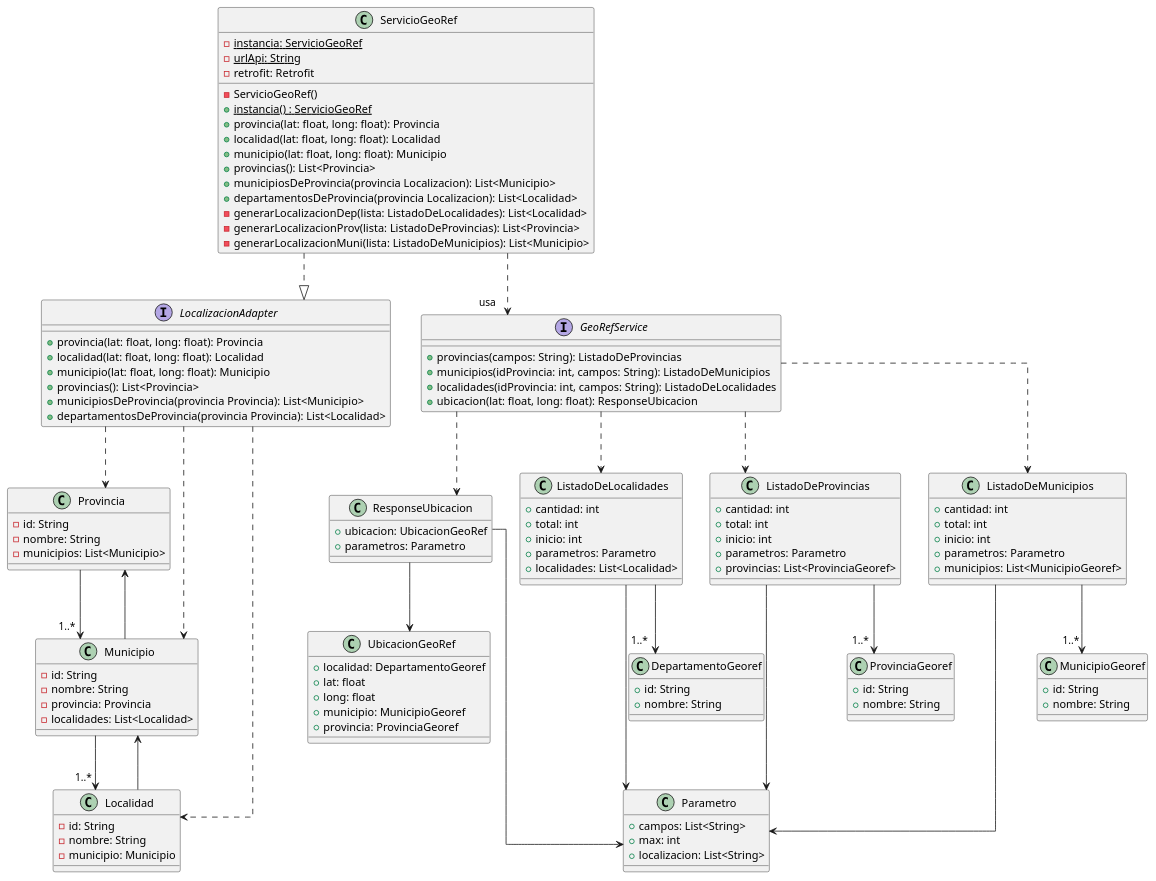
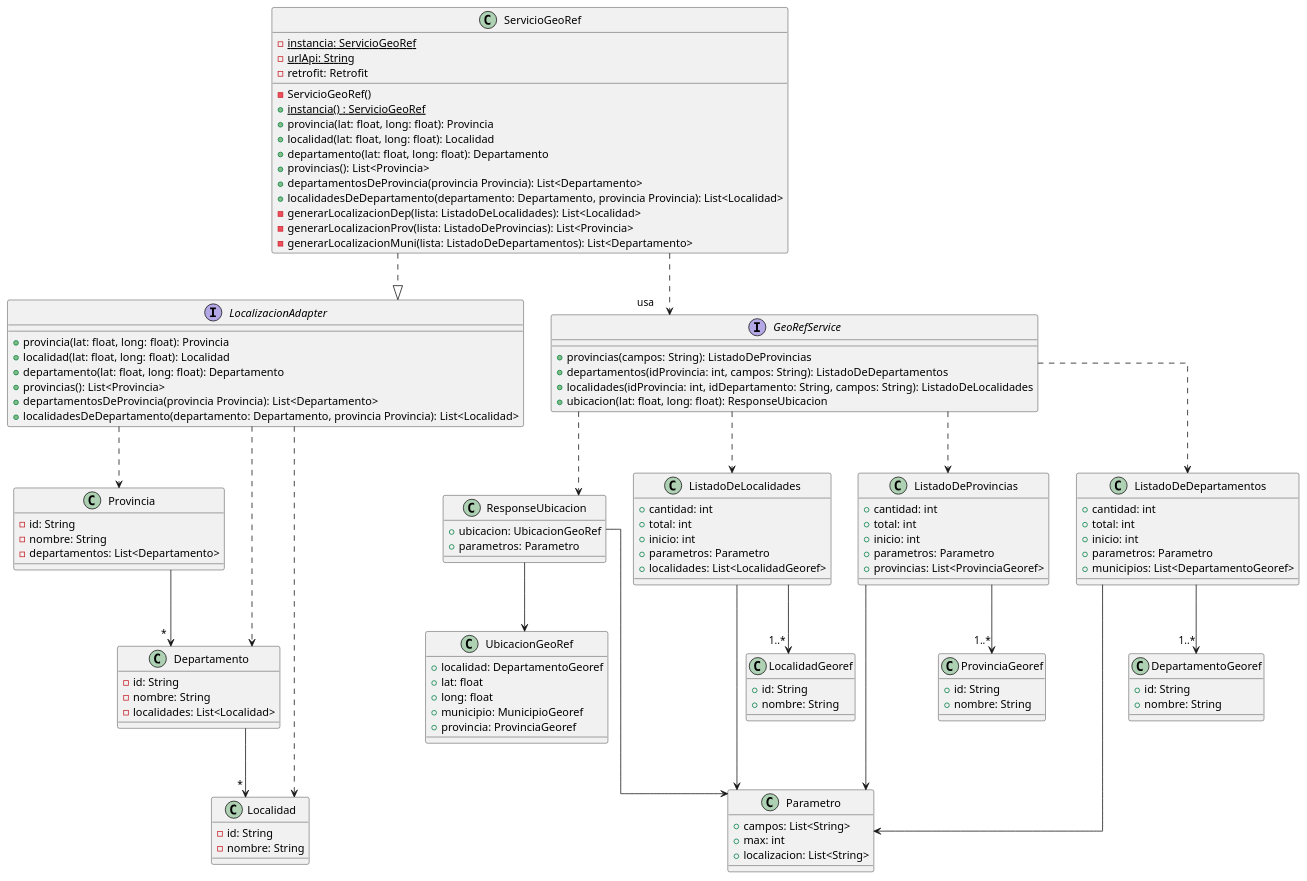
One commit to mbertogliati/dds-tpa changed the diagram in main-project/DC/georef.puml. Above: the diagram before and after it, drawn with PlantUML. The commit also changed 31 other files, not shown here.

```diff
--- a/main-project/DC/georef.puml
+++ b/main-project/DC/georef.puml
@@ -1,138 +1,133 @@
 @startuml
 skinparam linetype ortho
-
-
-Provincia --> "1..*" Municipio
-Municipio --> "1..*" Localidad
-Localidad --> Municipio
-Municipio --> Provincia
 
 class Provincia{
     -id: String
     -nombre: String
-    -municipios: List<Municipio>
+    -departamentos: List<Departamento>
 }
 
-class Municipio{
+class Departamento{
     -id: String
     -nombre: String
-    -provincia: Provincia
     -localidades: List<Localidad>
 }
 
 class Localidad{
     -id: String
     -nombre: String
-    -municipio: Municipio
 }
 
 interface LocalizacionAdapter{
     + provincia(lat: float, long: float): Provincia
     + localidad(lat: float, long: float): Localidad
-    + municipio(lat: float, long: float): Municipio
+    + departamento(lat: float, long: float): Departamento
     + provincias(): List<Provincia>
-    + municipiosDeProvincia(provincia Provincia): List<Municipio>
-    + departamentosDeProvincia(provincia Provincia): List<Localidad>
+    + departamentosDeProvincia(provincia Provincia): List<Departamento>
+    + localidadesDeDepartamento(departamento: Departamento, provincia Provincia): List<Localidad>
 }
 LocalizacionAdapter ..> Provincia
 LocalizacionAdapter ..> Localidad
-LocalizacionAdapter ..> Municipio
+LocalizacionAdapter ..> Departamento
 
 interface GeoRefService{
     + provincias(campos: String): ListadoDeProvincias
-    + municipios(idProvincia: int, campos: String): ListadoDeMunicipios
-    + localidades(idProvincia: int, campos: String): ListadoDeLocalidades
+    + departamentos(idProvincia: int, campos: String): ListadoDeDepartamentos
+    + localidades(idProvincia: int, idDepartamento: String, campos: String): ListadoDeLocalidades
     + ubicacion(lat: float, long: float): ResponseUbicacion
 }
 
 ServicioGeoRef ..|> LocalizacionAdapter
 
 class ServicioGeoRef{
     {static} -instancia: ServicioGeoRef
     {static} -urlApi: String
     - retrofit: Retrofit
 
     -ServicioGeoRef()
     {static}+instancia() : ServicioGeoRef
     + provincia(lat: float, long: float): Provincia
     + localidad(lat: float, long: float): Localidad
-    + municipio(lat: float, long: float): Municipio
+    + departamento(lat: float, long: float): Departamento
     + provincias(): List<Provincia>
-    + municipiosDeProvincia(provincia Localizacion): List<Municipio>
-    + departamentosDeProvincia(provincia Localizacion): List<Localidad>
+    + departamentosDeProvincia(provincia Provincia): List<Departamento>
+    + localidadesDeDepartamento(departamento: Departamento, provincia Provincia): List<Localidad>
     -generarLocalizacionDep(lista: ListadoDeLocalidades): List<Localidad>
     -generarLocalizacionProv(lista: ListadoDeProvincias): List<Provincia>
-    -generarLocalizacionMuni(lista: ListadoDeMunicipios): List<Municipio>
+    -generarLocalizacionMuni(lista: ListadoDeDepartamentos): List<Departamento>
 }
 
 class ResponseUbicacion{
     + ubicacion: UbicacionGeoRef
     + parametros: Parametro
 }
 
 GeoRefService ..> ResponseUbicacion
 ResponseUbicacion --> UbicacionGeoRef
 ResponseUbicacion --> Parametro
 
 class UbicacionGeoRef{
     + localidad: DepartamentoGeoref
     + lat: float
     + long: float
     + municipio: MunicipioGeoref
     + provincia: ProvinciaGeoref
 }
 
 ServicioGeoRef .down.>"usa" GeoRefService
 
 class Parametro{
     + campos: List<String>
     + max: int
     + localizacion: List<String>
 }
 
 class ListadoDeLocalidades{
     + cantidad: int
     + total: int
     + inicio: int
     + parametros: Parametro
-    + localidades: List<Localidad>
+    + localidades: List<LocalidadGeoref>
 }
-ListadoDeLocalidades --> "1..*" DepartamentoGeoref
+ListadoDeLocalidades --> "1..*" LocalidadGeoref
 ListadoDeLocalidades --> Parametro
 ListadoDeProvincias --> Parametro
-ListadoDeMunicipios ---> Parametro
+ListadoDeDepartamentos ---> Parametro
 class ListadoDeProvincias{
     + cantidad: int
     + total: int
     + inicio: int
     + parametros: Parametro
     + provincias: List<ProvinciaGeoref>
 }
 ListadoDeProvincias --> "1..*" ProvinciaGeoref
-class ListadoDeMunicipios{
+class ListadoDeDepartamentos{
     + cantidad: int
     + total: int
     + inicio: int
     + parametros: Parametro
-    + municipios: List<MunicipioGeoref>
+    + municipios: List<DepartamentoGeoref>
 }
-ListadoDeMunicipios --> "1..*" MunicipioGeoref
+ListadoDeDepartamentos --> "1..*" DepartamentoGeoref
 
 class DepartamentoGeoref{
     +id: String
     +nombre: String
 }
 class ProvinciaGeoref{
     +id: String
     +nombre: String
 }
-class MunicipioGeoref{
+class LocalidadGeoref{
     +id: String
     +nombre: String
 }
 
 GeoRefService ..> ListadoDeLocalidades
 GeoRefService ..> ListadoDeProvincias
-GeoRefService ..> ListadoDeMunicipios
+GeoRefService ..> ListadoDeDepartamentos
+
+Provincia --> "*" Departamento
+Departamento --> "*" Localidad
 
 @enduml
```
